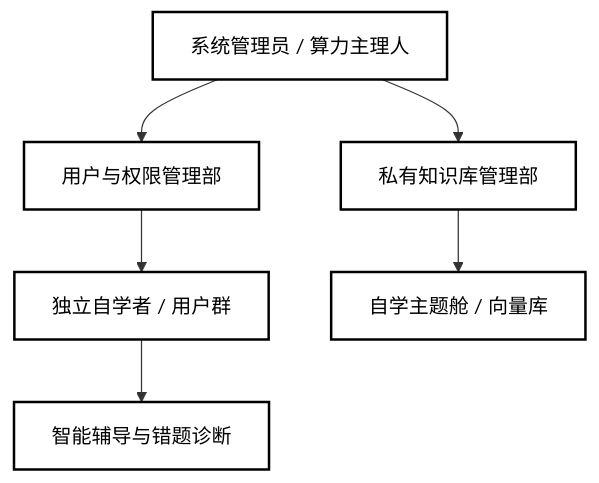
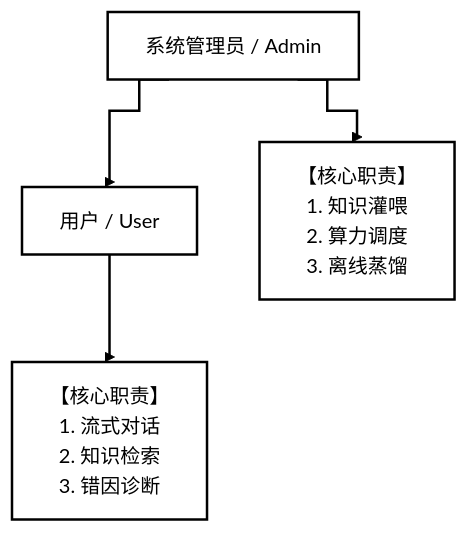
Before and after one commit to PasteK0n/Classical-AI-Algorithm-Studying-System-: the diagram in doc/需求分析文档.md, drawn with Mermaid. The commit also changed other lines of this file, not shown here.

Commit message:
Revise modification history and user environment details
Updated modification history date format and added user environment description, including system architecture and user roles.

````diff
--- a/doc/需求分析文档.md
+++ b/doc/需求分析文档.md
@@ -140,26 +142,26 @@
 ```mermaid
-graph TD
-    %% 节点定义
-    Admin[系统管理员 / 算力主理人]
+%%{init: { "flowchart": { "curve": "step"}}}%%
+flowchart TD
+    %% 纯黑白高对比度样式定义
+    classDef blackWhite fill:#ffffff,stroke:#000000,stroke-width:2px,color:#000000;
     
-    UserManagement[用户与权限管理部]
-    KnowledgeManagement[私有知识库管理部]
+    %% 设定所有连线和箭头的颜色为纯黑，线宽加粗至 2px
+    linkStyle default stroke:#000000,stroke-width:2px;
+
+    %% 组织架构与自学角色节点定义
+    Admin["系统管理员 / Admin"]
+    User["用户 / User"]
     
-    ActiveUser[独立自学者 / 用户群]
-    KnowledgeBase[自学主题舱 / 向量库]
+    AdminRoles["【核心职责】<br>1. 知识灌喂<br>2. 算力调度<br>3. 离线蒸馏"]
+    UserRoles["【核心职责】<br>1. 流式对话<br>2. 知识检索<br>3. 错因诊断"]
+
+    %% 拓扑层级依赖关系（管理员构建系统环境并向下赋权）
+    Admin --> User
     
-    StudyAction[智能辅导与错题诊断]
+    %% 角色与其精简职责的树状下属连接
+    Admin --> AdminRoles
+    User --> UserRoles
 
-    %% 层级关系连接
-    Admin --> UserManagement
-    Admin --> KnowledgeManagement
-    
-    UserManagement --> ActiveUser
-    KnowledgeManagement --> KnowledgeBase
-    
-    ActiveUser --> StudyAction
-
-    %% 样式调整（使其接近你给出的白底黑字框风格）
-    classDef default fill:#ffffff,stroke:#000000,stroke-width:2px,color:#000000;
-    class Admin,UserManagement,KnowledgeManagement,ActiveUser,KnowledgeBase,StudyAction default;
+    %% 将所有节点统一应用纯黑白高清晰度样式
+    class Admin,User,AdminRoles,UserRoles blackWhite;
 ```
````
